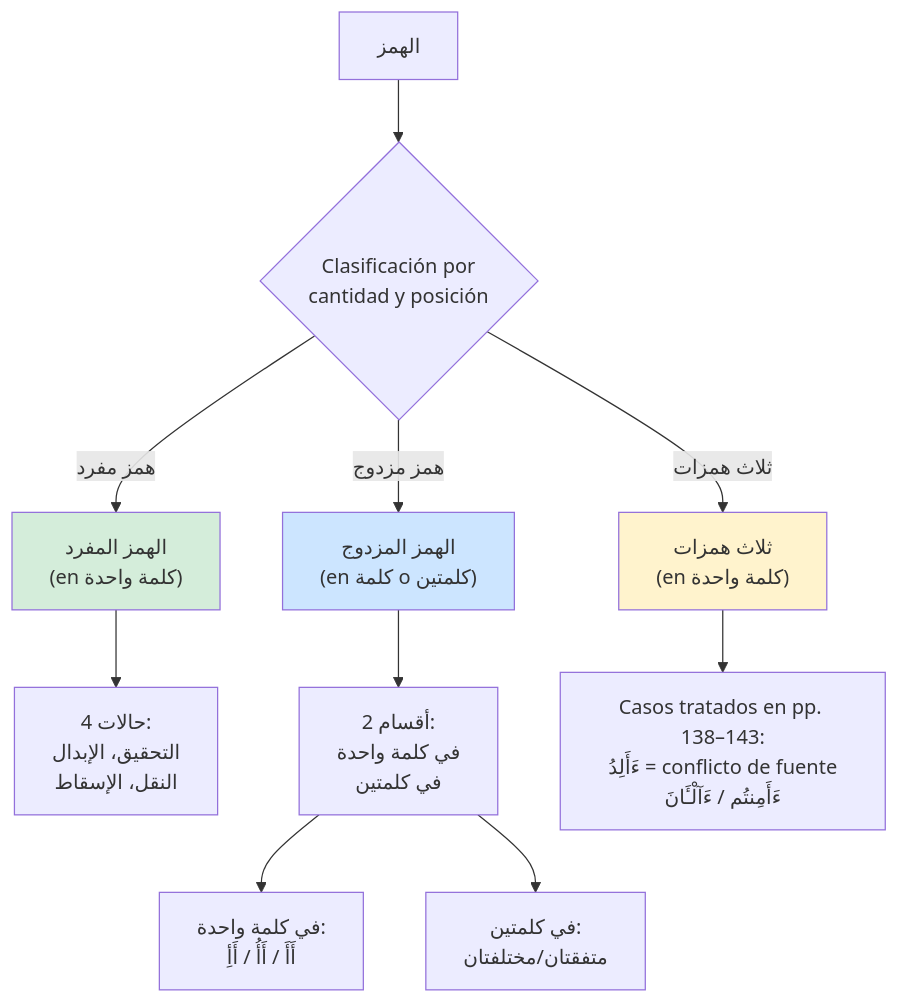
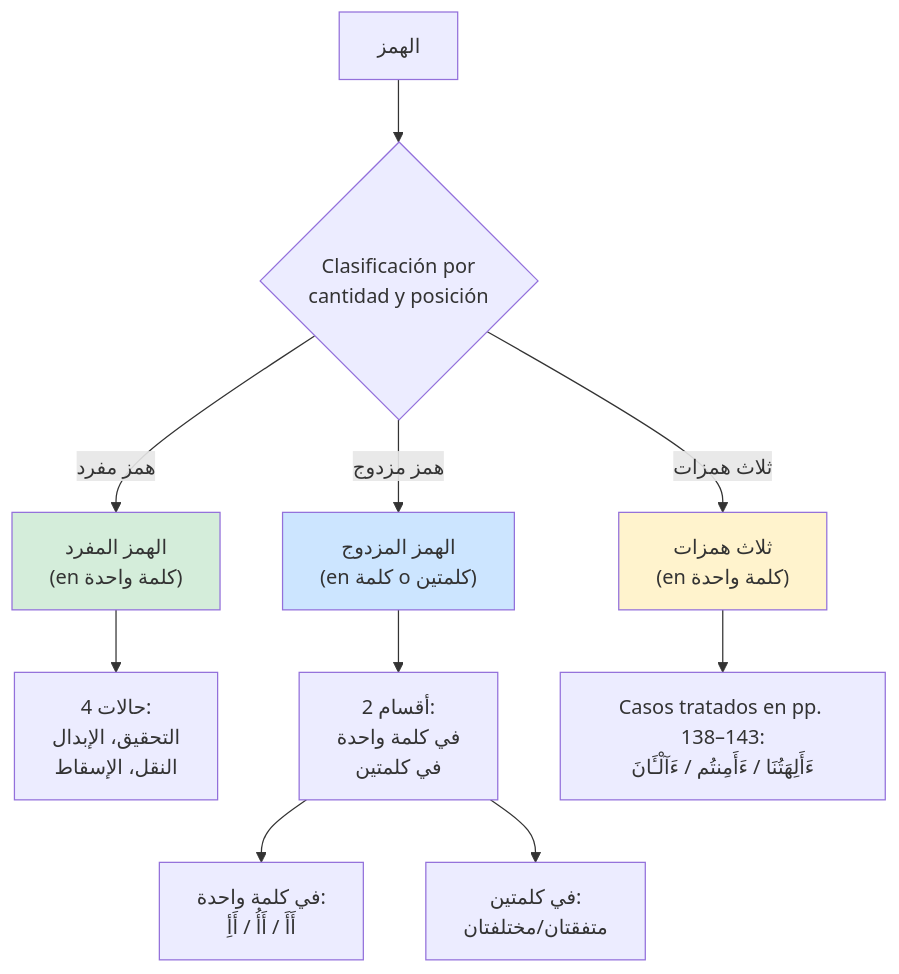
Before and after one commit to yaboula/e-tajweed: the diagram in docs/research/analisis-tajweed-warsh/DECISION_LOGIC_HAMZ.md, drawn with Mermaid. The commit also changed other lines of this file and 3 other files, not shown here.

````diff
--- a/docs/research/analisis-tajweed-warsh/DECISION_LOGIC_HAMZ.md
+++ b/docs/research/analisis-tajweed-warsh/DECISION_LOGIC_HAMZ.md
@@ -35,21 +35,21 @@
 ```mermaid
 flowchart TD
     Start["الهمز"] --> Type{"Clasificación por<br/>cantidad y posición"}
 
     Type -->|"همز مفرد"| Single["الهمز المفرد<br/>(en كلمة واحدة)"]
     Type -->|"همز مزدوج"| Double["الهمز المزدوج<br/>(en كلمة o كلمتين)"]
     Type -->|"ثلاث همزات"| Triple["ثلاث همزات<br/>(en كلمة واحدة)"]
 
     Single --> States1["4 حالات:<br/>التحقيق، الإبدال<br/>النقل، الإسقاط"]
 
     Double --> DoubleTypes["2 أقسام:<br/>في كلمة واحدة<br/>في كلمتين"]
 
     DoubleTypes --> OneWord["في كلمة واحدة:<br/>أَأَ / أَأُ / أَأِ"]
     DoubleTypes --> TwoWords["في كلمتين:<br/>متفقتان/مختلفتان"]
 
-    Triple --> TripleEx["Casos tratados en pp. 138–143:<br/>ءَأَلِدُ = conflicto de fuente<br/>ءَأَمِنتُم / ءَآلْـَٔانَ"]
+    Triple --> TripleEx["Casos tratados en pp. 138–143:<br/>ءَأَلِهَتُنَا / ءَأَمِنتُم / ءَآلْـَٔانَ"]
 
     style Single fill:#d4edda
     style Double fill:#cce5ff
     style Triple fill:#fff3cd
 ```
````
